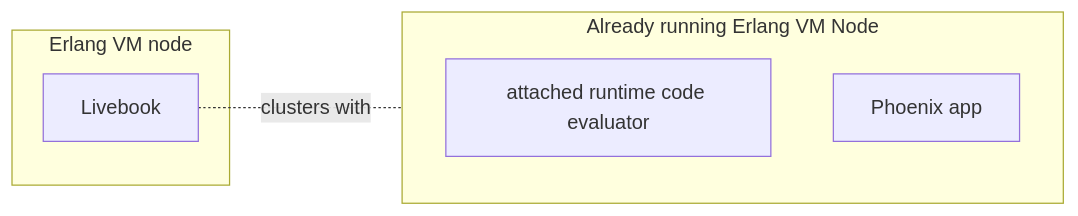
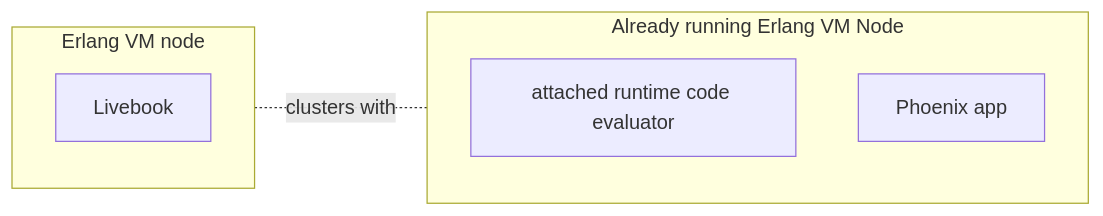
One commit to livebook-dev/livebook changed the second of 3 diagrams in docs/runtime.md. Above: the diagram before and after it, drawn with Mermaid.

````diff
--- a/docs/runtime.md
+++ b/docs/runtime.md
@@ -37,13 +37,13 @@
 ```mermaid
 graph LR
     subgraph livebook_node["Erlang VM node"]
         A[Livebook]
     end
 
     subgraph standalone_node["Already running Erlang VM Node"]
         B[attached runtime code evaluator]
         C[Phoenix app]
     end
 
-    A -.-|clusters with| standalone_node
+    livebook_node -.-|clusters with| standalone_node
 ```
````
